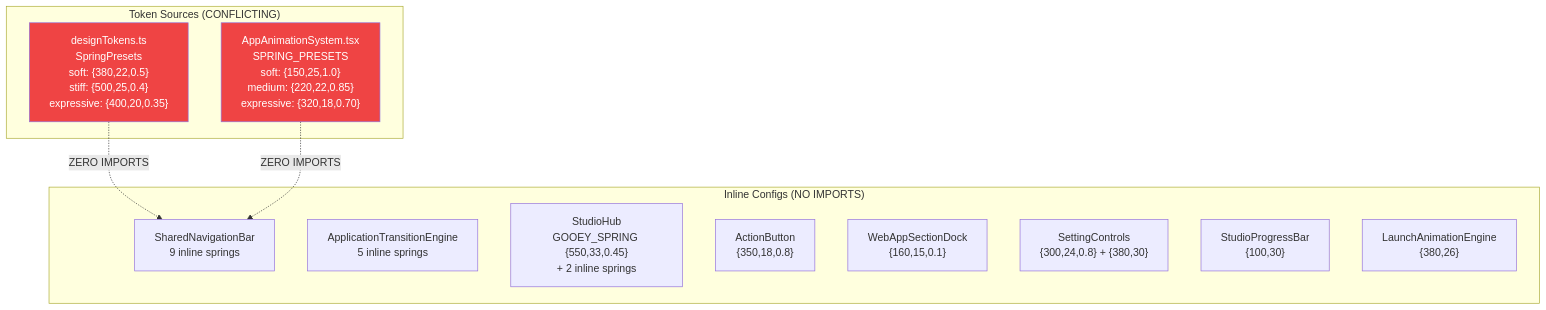
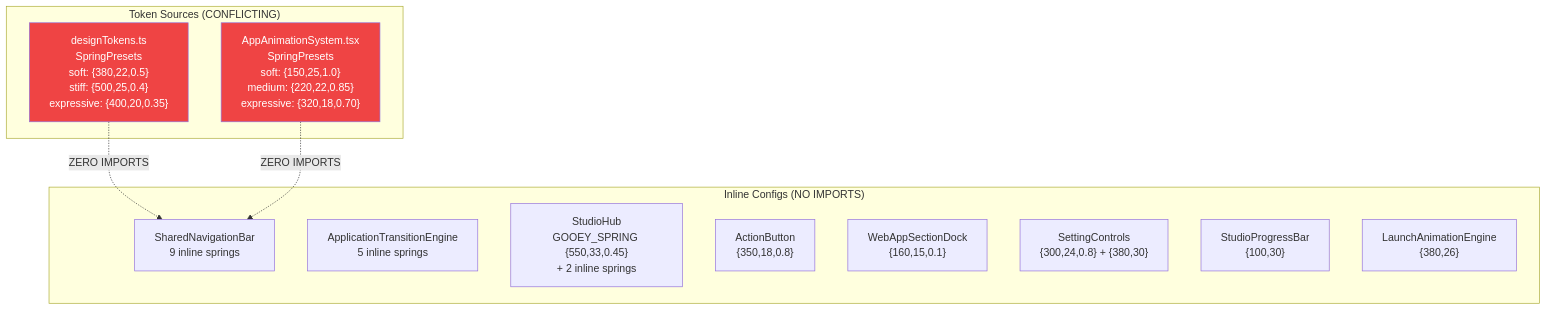
The seventh of 8 diagrams in docs/dependency-graph.md (MAGEXE1000/Studio), drawn with Mermaid before and after one commit. The commit also changed other lines of this file and 725 other files, not shown here.

````diff
--- a/docs/dependency-graph.md
+++ b/docs/dependency-graph.md
@@ -309,24 +310,24 @@
 ```mermaid
 graph TD
     subgraph "Token Sources (CONFLICTING)"
         DT["designTokens.ts<br/>SpringPresets<br/>soft: {380,22,0.5}<br/>stiff: {500,25,0.4}<br/>expressive: {400,20,0.35}"]
-        AAS["AppAnimationSystem.tsx<br/>SPRING_PRESETS<br/>soft: {150,25,1.0}<br/>medium: {220,22,0.85}<br/>expressive: {320,18,0.70}"]
+        AAS["AppAnimationSystem.tsx<br/>SpringPresets<br/>soft: {150,25,1.0}<br/>medium: {220,22,0.85}<br/>expressive: {320,18,0.70}"]
     end
 
     subgraph "Inline Configs (NO IMPORTS)"
         SNB["SharedNavigationBar<br/>9 inline springs"]
         ATE["ApplicationTransitionEngine<br/>5 inline springs"]
         HUB["StudioHub<br/>GOOEY_SPRING {550,33,0.45}<br/>+ 2 inline springs"]
         ABT["ActionButton<br/>{350,18,0.8}"]
         WDK["WebAppSectionDock<br/>{160,15,0.1}"]
         SC["SettingControls<br/>{300,24,0.8} + {380,30}"]
         SPB["StudioProgressBar<br/>{100,30}"]
         LAE["LaunchAnimationEngine<br/>{380,26}"]
     end
 
     DT -.->|ZERO IMPORTS| SNB
     AAS -.->|ZERO IMPORTS| SNB
 
     style DT fill:#ef4444,color:#fff
     style AAS fill:#ef4444,color:#fff
 ```
````
